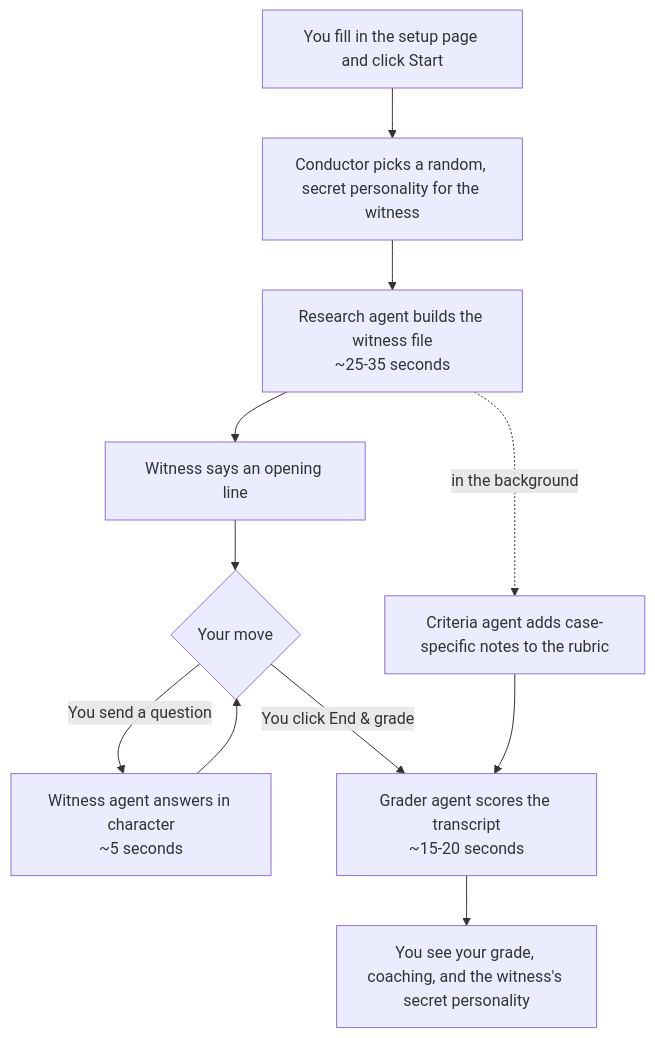
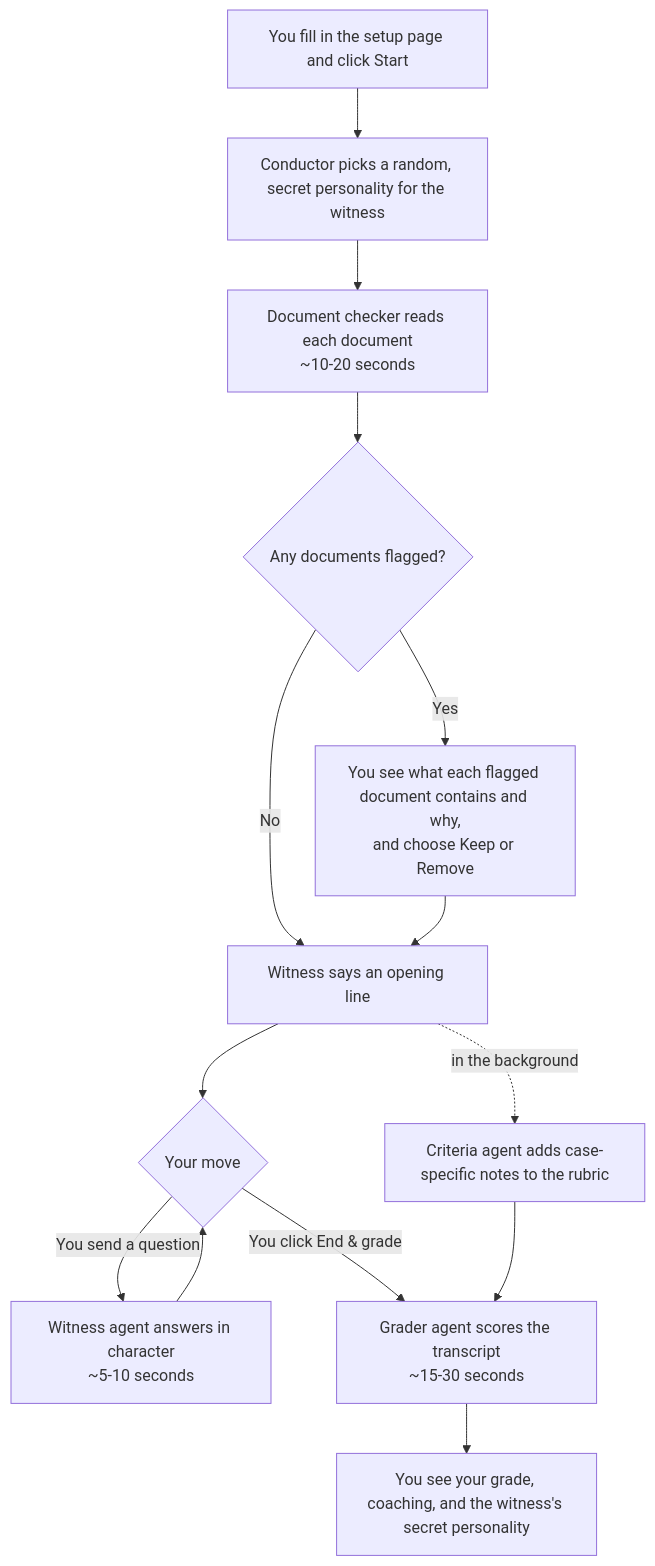
Before and after one commit to haycon0/expert-interviewer: the first of 2 diagrams in docs/HOW-IT-WORKS.md, drawn with Mermaid. The commit also changed other lines of this file and 11 other files, not shown here.

First line of the commit message:
Replace research step with document relevance check and review

````diff
--- a/docs/HOW-IT-WORKS.md
+++ b/docs/HOW-IT-WORKS.md
@@ -29,13 +31,16 @@
 ```mermaid
 flowchart TD
     A[You fill in the setup page and click Start] --> B[Conductor picks a random, secret personality for the witness]
-    B --> C[Research agent builds the witness file<br/>~25-35 seconds]
-    C --> D[Witness says an opening line]
-    C -. in the background .-> E[Criteria agent adds case-specific notes to the rubric]
-    D --> F{Your move}
-    F -->|You send a question| G[Witness agent answers in character<br/>~5 seconds]
-    G --> F
-    F -->|You click End & grade| H[Grader agent scores the transcript<br/>~15-20 seconds]
-    E --> H
-    H --> I[You see your grade, coaching, and the witness's secret personality]
+    B --> C[Document checker reads each document<br/>~10-20 seconds]
+    C --> D{Any documents flagged?}
+    D -->|Yes| E[You see what each flagged document contains and why,<br/>and choose Keep or Remove]
+    D -->|No| F
+    E --> F[Witness says an opening line]
+    F -. in the background .-> G[Criteria agent adds case-specific notes to the rubric]
+    F --> H{Your move}
+    H -->|You send a question| I[Witness agent answers in character<br/>~5-10 seconds]
+    I --> H
+    H -->|You click End & grade| J[Grader agent scores the transcript<br/>~15-30 seconds]
+    G --> J
+    J --> K[You see your grade, coaching, and the witness's secret personality]
 ```
````
